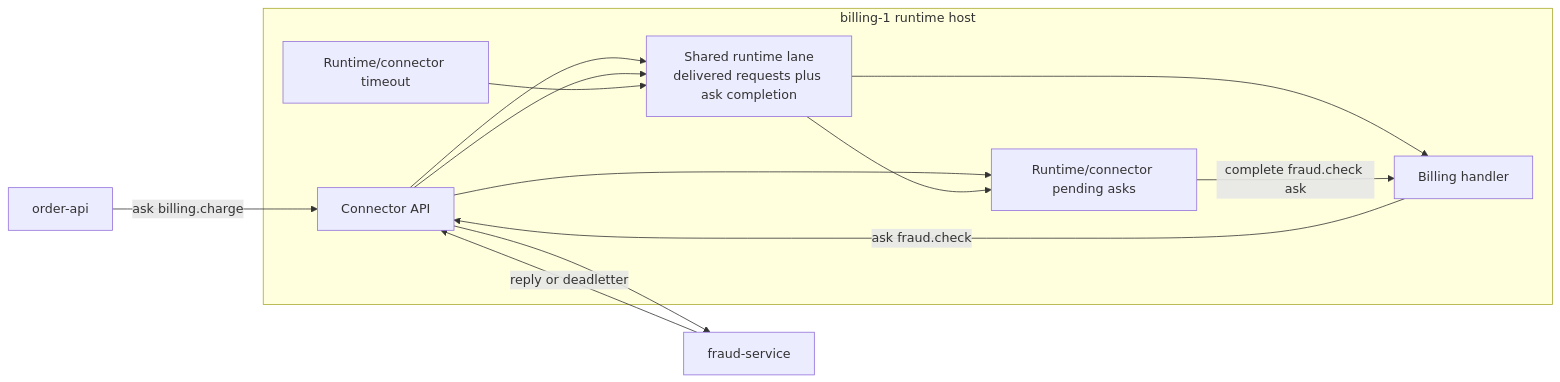
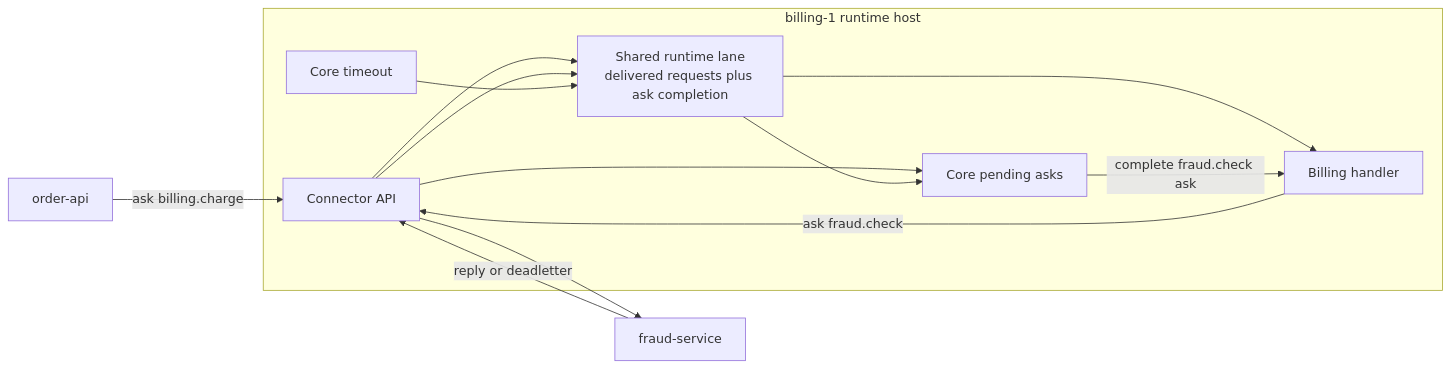
The seventh of 12 diagrams in docs/runtime-message-and-routing-model.md (phuong-tran/coakka-publish), drawn with Mermaid before and after one commit. The commit also changed other lines of this file and 165 other files, not shown here.

````diff
--- a/docs/runtime-message-and-routing-model.md
+++ b/docs/runtime-message-and-routing-model.md
@@ -339,25 +341,25 @@
 ```mermaid
 flowchart LR
     order[order-api]
     fraud[fraud-service]
 
     subgraph host[billing-1 runtime host]
         connector[Connector API]
         sharedLane[Shared runtime lane<br/>delivered requests plus ask completion]
-        pending[Runtime/connector pending asks]
-        timeout[Runtime/connector timeout]
+        pending[Core pending asks]
+        timeout[Core timeout]
         handler[Billing handler]
     end
 
     order -->|ask billing.charge| connector
     connector --> sharedLane
     sharedLane --> handler
     handler -->|ask fraud.check| connector
     connector --> pending
     connector --> fraud
     fraud -->|reply or deadletter| connector
     connector --> sharedLane
     timeout --> sharedLane
     sharedLane --> pending
     pending -->|complete fraud.check ask| handler
 ```
````
